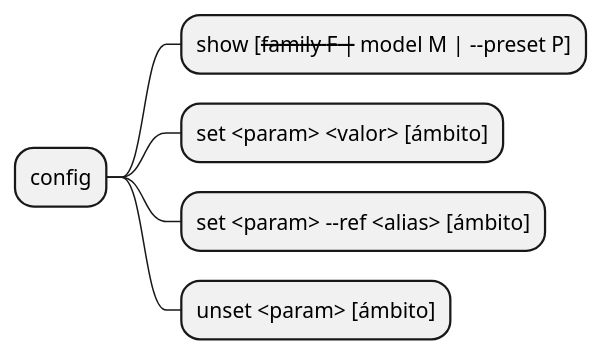
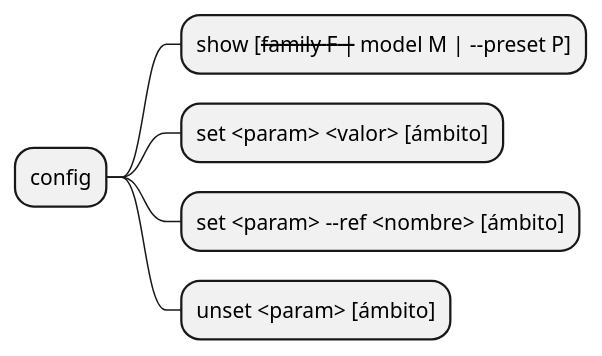
One commit to mstranich/coquena changed the sixth of 13 diagrams in docs/comandos.md. Above: the diagram before and after it, drawn with PlantUML. The commit also changed other lines of this file and 7 other files, not shown here.

````diff
--- a/docs/comandos.md
+++ b/docs/comandos.md
@@ -169,9 +163,9 @@
 ```plantuml
 @startmindmap
 * config
 ** show [--family F | --model M | --preset P]
 ** set <param> <valor> [ámbito]
-** set <param> --ref <alias> [ámbito]
+** set <param> --ref <nombre> [ámbito]
 ** unset <param> [ámbito]
 @endmindmap
 ```
````
